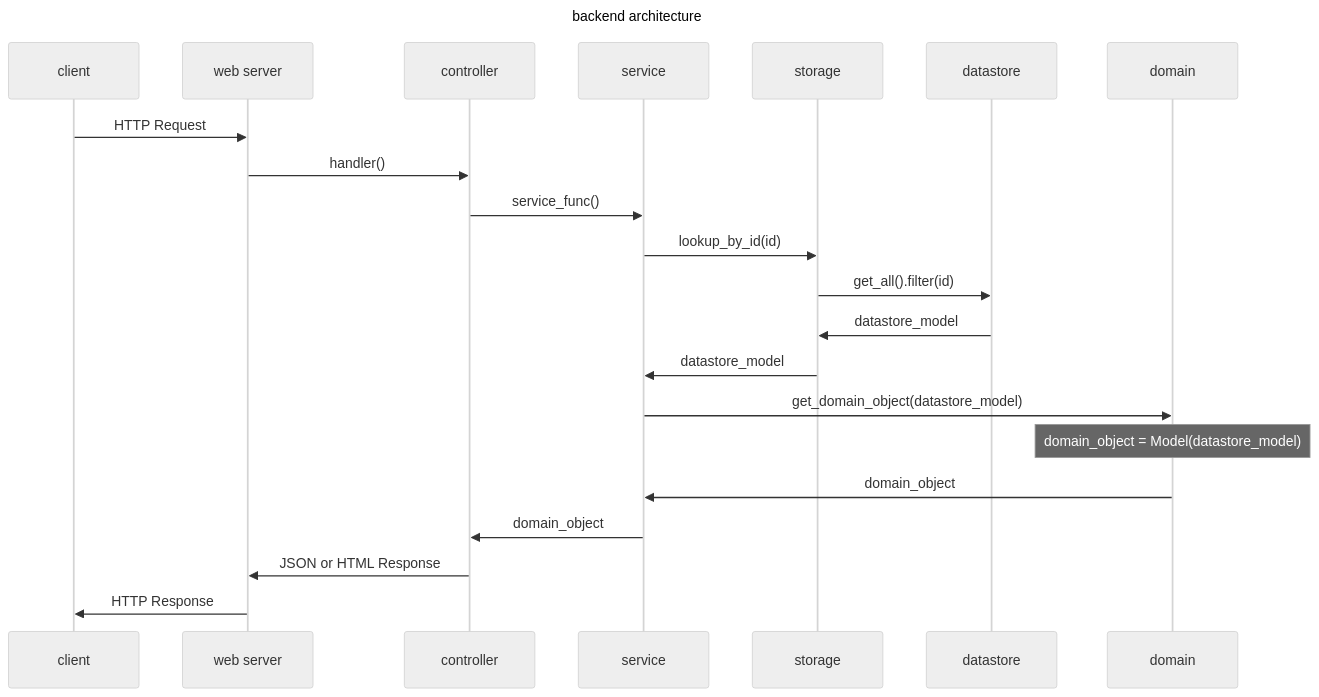
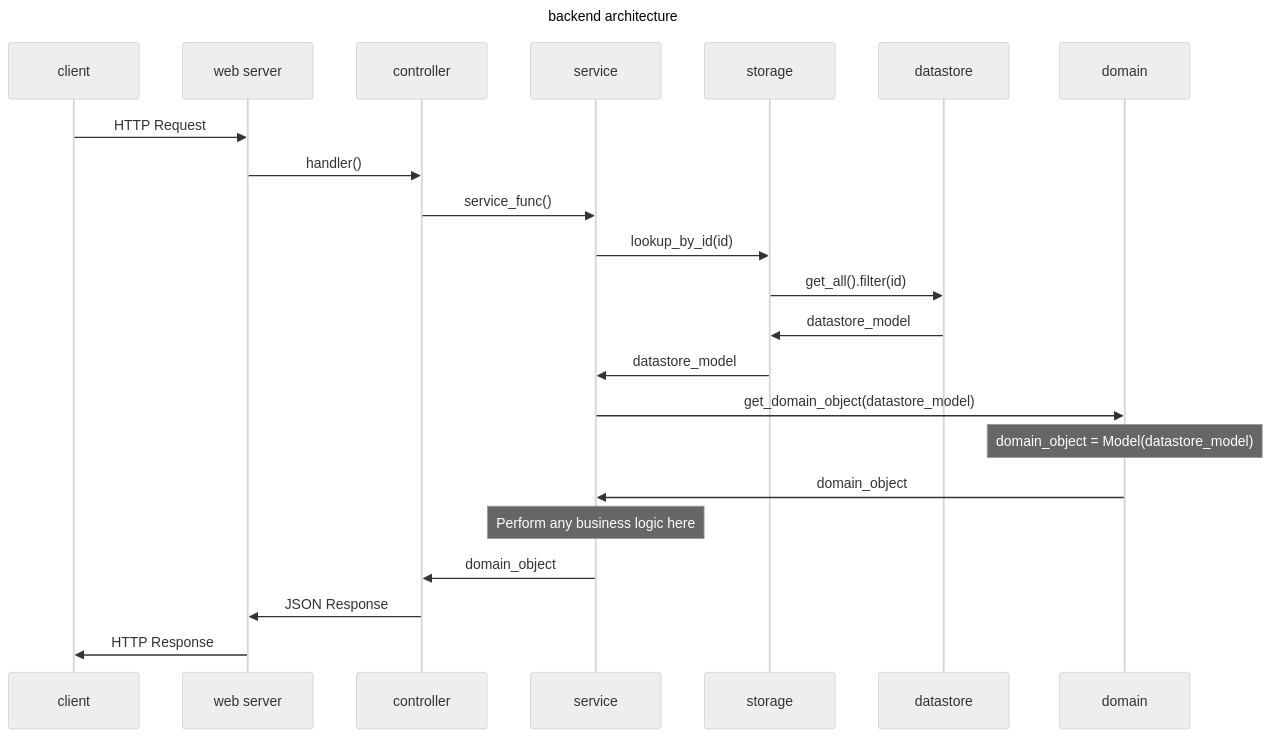
The second of 3 diagrams in Overview-of-the-Oppia-codebase.md (oppia/oppia-web-developer-docs), drawn with Mermaid (neutral theme) before and after one commit.

Commit message:
Simplify further

````diff
--- a/Overview-of-the-Oppia-codebase.md
+++ b/Overview-of-the-Oppia-codebase.md
@@ -59,19 +59,20 @@
 ```mermaid
 ---
 title: backend architecture
 ---
 sequenceDiagram
     client->>web server: HTTP Request
     web server->>controller: handler()
     controller->>service: service_func()
     service->>storage: lookup_by_id(id)
     storage->>datastore: get_all().filter(id)
     datastore->>storage: datastore_model
     storage->>service: datastore_model
     service->>domain: get_domain_object(datastore_model)
     Note over domain: domain_object = Model(datastore_model)
     domain->>service: domain_object
+    Note over service: Perform any business logic here
     service->>controller: domain_object
-    controller->>web server: JSON or HTML Response
+    controller->>web server: JSON Response
     web server->>client: HTTP Response
 ```
````
